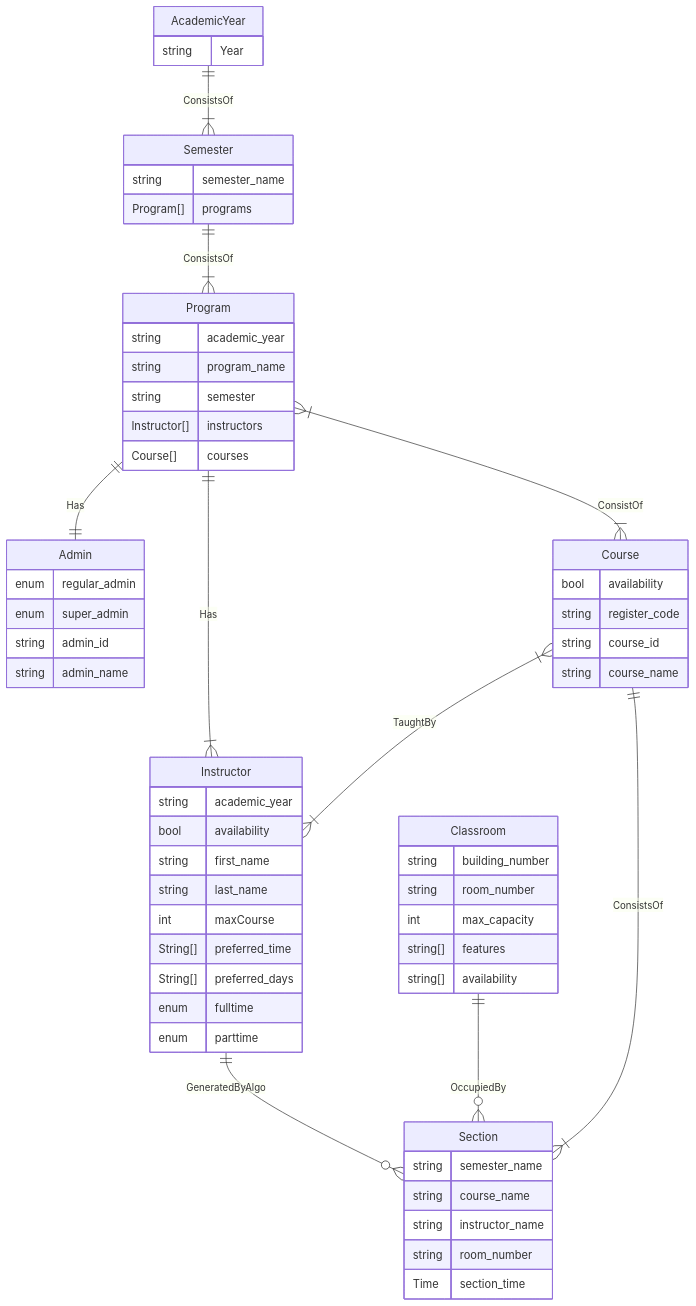
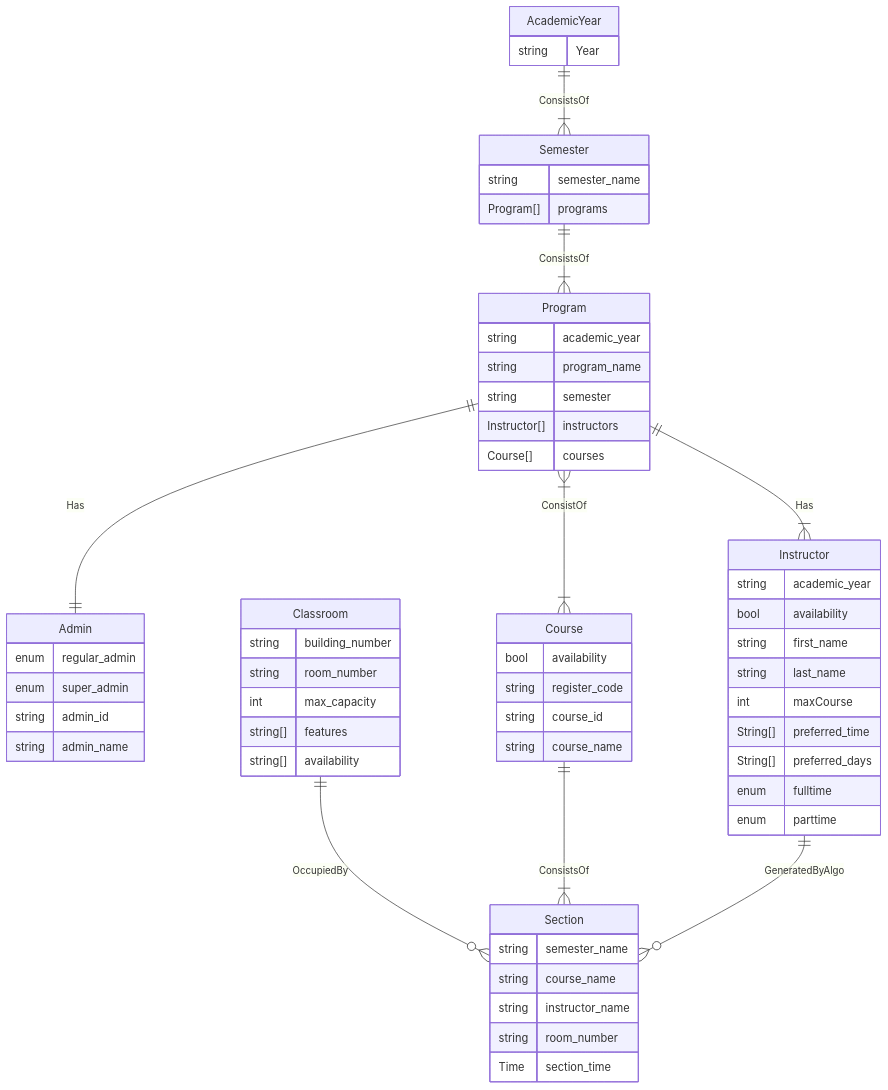
One commit to BiTheDev/Course_Planning changed the diagram in README.md. Above: the diagram before and after it, drawn with Mermaid.

````diff
--- a/README.md
+++ b/README.md
@@ -40,78 +40,77 @@
 ```mermaid
 erDiagram
     AcademicYear{
         string Year
     }
     AcademicYear || -- |{ Semester: ConsistsOf
 
     Semester ||--|{ Program: ConsistsOf
 
     Semester {
         string  semester_name
         Program[] programs
     }
 
     Program {
         string academic_year
         string program_name
         string semester
         Instructor[] instructors
         Course[] courses
         
     }
 
     Admin {
         enum regular_admin
         enum super_admin
         string admin_id
         string admin_name
     }
 
     Instructor {
         string academic_year
         bool availability
         string first_name
         string last_name
         int maxCourse
         String[] preferred_time
         String[] preferred_days
         enum fulltime
         enum parttime
     }
 
     Program ||--|| Admin: Has
     Program ||--|{ Instructor: Has
     Program }|--|{ Course: ConsistOf
 
     Course {
         bool availability
         string register_code
         string course_id
         string course_name
     }
 
-    Course }|--|{ Instructor: TaughtBy
 
     Classroom{
         string building_number
         string room_number
         int max_capacity
         string[] features
         string[] availability
 
     } 
     Classroom ||--o{ Section: OccupiedBy
 
     Section {
         string semester_name
         string course_name
         string instructor_name
         string room_number
         Time section_time
 
     }
     Course||--|{ Section: ConsistsOf 
 
     Instructor ||--o{ Section: GeneratedByAlgo
 
 ```
````
